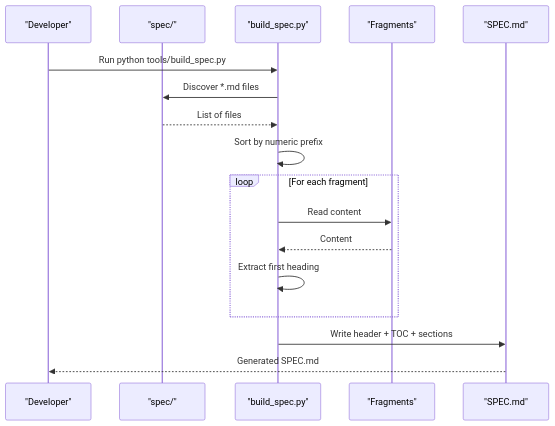
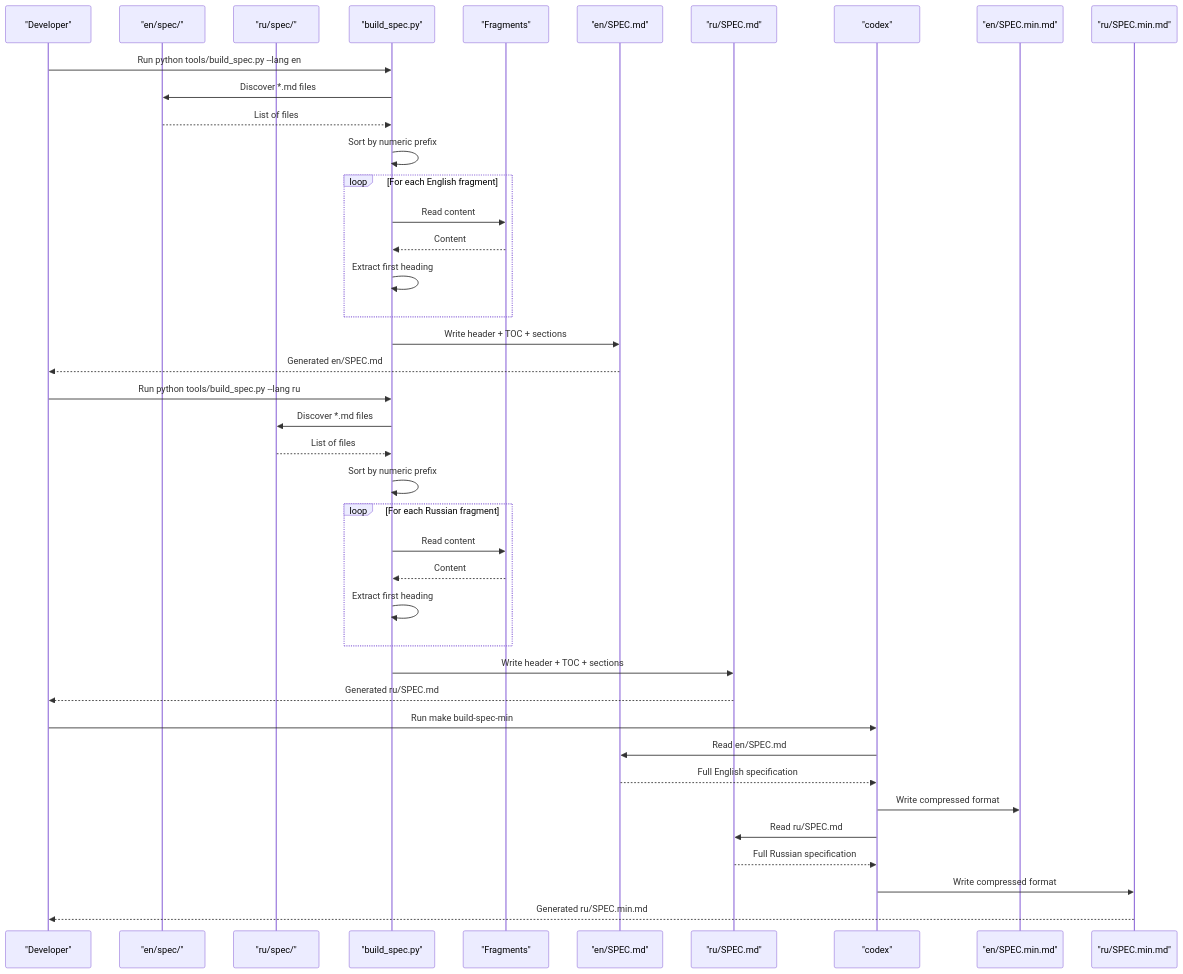
The second of 6 diagrams in .qoder/repowiki/en/content/Tooling and Utilities/Specification Builder.md (asukhodko/opskarta), drawn with Mermaid before and after one commit. The commit also changed other lines of this file and 7 other files, not shown here.

First line of the commit message:
feat(docs): add bilingual English and Russian examples and specifications

````diff
--- a/.qoder/repowiki/en/content/Tooling and Utilities/Specification Builder.md
+++ b/.qoder/repowiki/en/content/Tooling and Utilities/Specification Builder.md
@@ -135,19 +175,43 @@
 ```mermaid
 sequenceDiagram
 participant Dev as "Developer"
-participant SpecDir as "spec/"
+participant EnSpec as "en/spec/"
+participant RuSpec as "ru/spec/"
 participant Builder as "build_spec.py"
 participant Fragments as "Fragments"
-participant Output as "SPEC.md"
-Dev->>Builder : Run python tools/build_spec.py
-Builder->>SpecDir : Discover *.md files
-SpecDir-->>Builder : List of files
+participant EnOutput as "en/SPEC.md"
+participant RuOutput as "ru/SPEC.md"
+participant Compressor as "codex"
+participant EnMinOutput as "en/SPEC.min.md"
+participant RuMinOutput as "ru/SPEC.min.md"
+Dev->>Builder : Run python tools/build_spec.py --lang en
+Builder->>EnSpec : Discover *.md files
+EnSpec-->>Builder : List of files
 Builder->>Builder : Sort by numeric prefix
-loop For each fragment
+loop For each English fragment
 Builder->>Fragments : Read content
 Fragments-->>Builder : Content
 Builder->>Builder : Extract first heading
 end
-Builder->>Output : Write header + TOC + sections
-Output-->>Dev : Generated SPEC.md
+Builder->>EnOutput : Write header + TOC + sections
+EnOutput-->>Dev : Generated en/SPEC.md
+Dev->>Builder : Run python tools/build_spec.py --lang ru
+Builder->>RuSpec : Discover *.md files
+RuSpec-->>Builder : List of files
+Builder->>Builder : Sort by numeric prefix
+loop For each Russian fragment
+Builder->>Fragments : Read content
+Fragments-->>Builder : Content
+Builder->>Builder : Extract first heading
+end
+Builder->>RuOutput : Write header + TOC + sections
+RuOutput-->>Dev : Generated ru/SPEC.md
+Dev->>Compressor : Run make build-spec-min
+Compressor->>EnOutput : Read en/SPEC.md
+EnOutput-->>Compressor : Full English specification
+Compressor->>EnMinOutput : Write compressed format
+Compressor->>RuOutput : Read ru/SPEC.md
+RuOutput-->>Compressor : Full Russian specification
+Compressor->>RuMinOutput : Write compressed format
+RuMinOutput-->>Dev : Generated ru/SPEC.min.md
 ```
````
